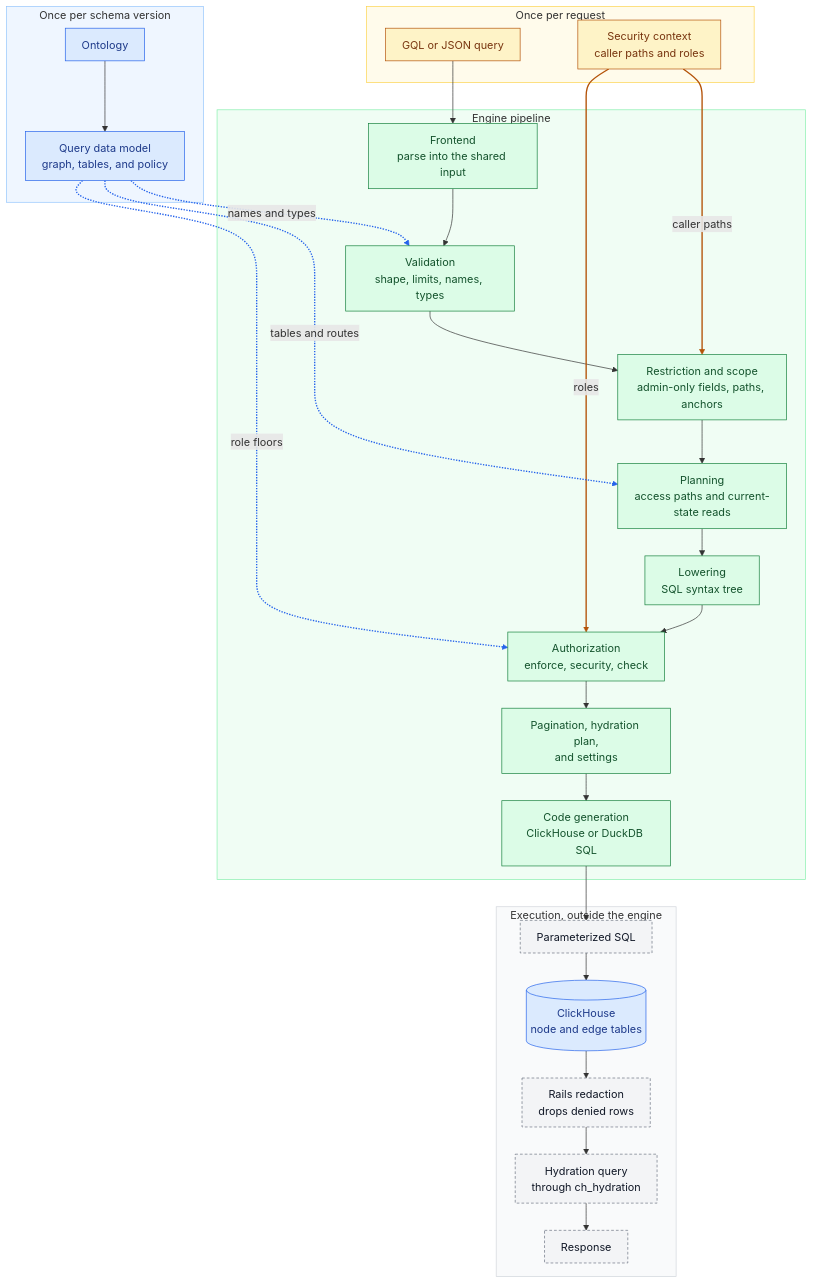
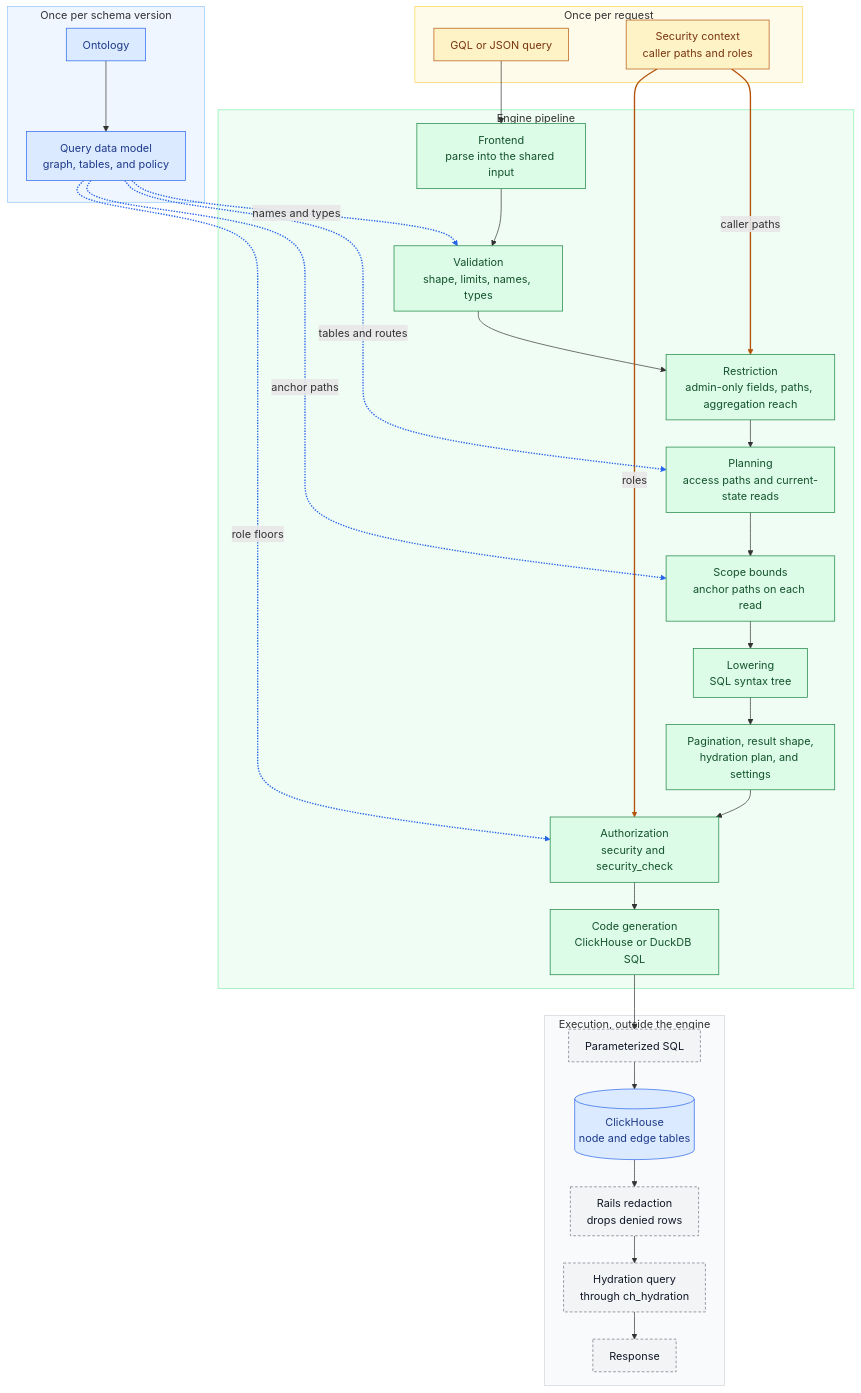
One commit to gitlabhq/orbit-knowledge-graph changed the first of 18 diagrams in docs/architecture/query-engine.md. Above: the diagram before and after it, drawn with Mermaid. The commit also changed other lines of this file, not shown here.

Commit message:
docs(architecture): match the engine page to the current compiler phase order

````diff
--- a/docs/architecture/query-engine.md
+++ b/docs/architecture/query-engine.md
@@ -78,64 +81,66 @@
 ```mermaid
 %%{init: {"flowchart": {"curve": "basis", "nodeSpacing": 36, "rankSpacing": 40, "padding": 12}}}%%
 flowchart TB
     accTitle: How the graph query engine fits together
-    accDescr: Once per schema version, the ontology produces the query data model, including the ClickHouse tables that store the graph. For each request, the query text enters the frontend, and the security context feeds restriction and authorization. The query data model feeds validation, planning, and authorization. The pipeline generates parameterized SQL. Outside the engine, ClickHouse runs the SQL, Rails redacts the rows, and a hydration query fetches the remaining properties before the response goes back.
+    accDescr: Once per schema version, the ontology produces the query data model, including the ClickHouse tables that store the graph. For each request, the query text enters the frontend, and the security context feeds restriction and authorization. The query data model feeds validation, planning, scope bounds, and authorization. The pipeline generates parameterized SQL. Outside the engine, ClickHouse runs the SQL, Rails redacts the rows, and a hydration query fetches the remaining properties before the response goes back.
 
     subgraph schema_version["Once per schema version"]
         ontology["Ontology"]
         model["Query data model<br/>graph, tables, and policy"]
         ontology --> model
     end
 
     subgraph request["Once per request"]
         query_text["GQL or JSON query"]
         context["Security context<br/>caller paths and roles"]
     end
 
     subgraph pipeline["Engine pipeline"]
         frontend["Frontend<br/>parse into the shared input"]
         validation["Validation<br/>shape, limits, names, types"]
-        restriction["Restriction and scope<br/>admin-only fields, paths, anchors"]
+        restriction["Restriction<br/>admin-only fields, paths, aggregation reach"]
         planning["Planning<br/>access paths and current-state reads"]
+        scope["Scope bounds<br/>anchor paths on each read"]
         lowering["Lowering<br/>SQL syntax tree"]
-        authorization["Authorization<br/>enforce, security, check"]
-        finishing["Pagination, hydration plan,<br/>and settings"]
+        finishing["Pagination, result shape,<br/>hydration plan, and settings"]
+        authorization["Authorization<br/>security and security_check"]
         codegen["Code generation<br/>ClickHouse or DuckDB SQL"]
-        frontend --> validation --> restriction --> planning --> lowering --> authorization --> finishing --> codegen
+        frontend --> validation --> restriction --> planning --> scope --> lowering --> finishing --> authorization --> codegen
     end
 
     subgraph execution["Execution, outside the engine"]
         sql["Parameterized SQL"]
         clickhouse[("ClickHouse<br/>node and edge tables")]
         redaction["Rails redaction<br/>drops denied rows"]
         hydration["Hydration query<br/>through ch_hydration"]
         response["Response"]
         sql --> clickhouse --> redaction --> hydration --> response
     end
 
     query_text --> frontend
     context -- "caller paths" --> restriction
     context -- "roles" --> authorization
     model -. "names and types" .-> validation
     model -. "tables and routes" .-> planning
+    model -. "anchor paths" .-> scope
     model -. "role floors" .-> authorization
     codegen --> sql
 
     classDef data fill:#DBEAFE,stroke:#2563EB,color:#1E3A8A
     classDef input fill:#FEF3C7,stroke:#B45309,color:#78350F
     classDef phase fill:#DCFCE7,stroke:#15803D,color:#14532D
     classDef outside fill:#F3F4F6,stroke:#6B7280,color:#111827,stroke-dasharray:4 3
 
     class ontology,model,clickhouse data
     class query_text,context input
-    class frontend,validation,restriction,planning,lowering,authorization,finishing,codegen phase
+    class frontend,validation,restriction,planning,scope,lowering,finishing,authorization,codegen phase
     class sql,redaction,hydration,response outside
 
     style schema_version fill:#EFF6FF,stroke:#93C5FD
     style request fill:#FFFBEB,stroke:#FCD34D
     style pipeline fill:#F0FDF4,stroke:#86EFAC
     style execution fill:#F9FAFB,stroke:#D1D5DB
 
-    linkStyle 13,14 stroke:#B45309,stroke-width:2px
-    linkStyle 15,16,17 stroke:#2563EB,stroke-width:2px
+    linkStyle 14,15 stroke:#B45309,stroke-width:2px
+    linkStyle 16,17,18,19 stroke:#2563EB,stroke-width:2px
 ```
````
